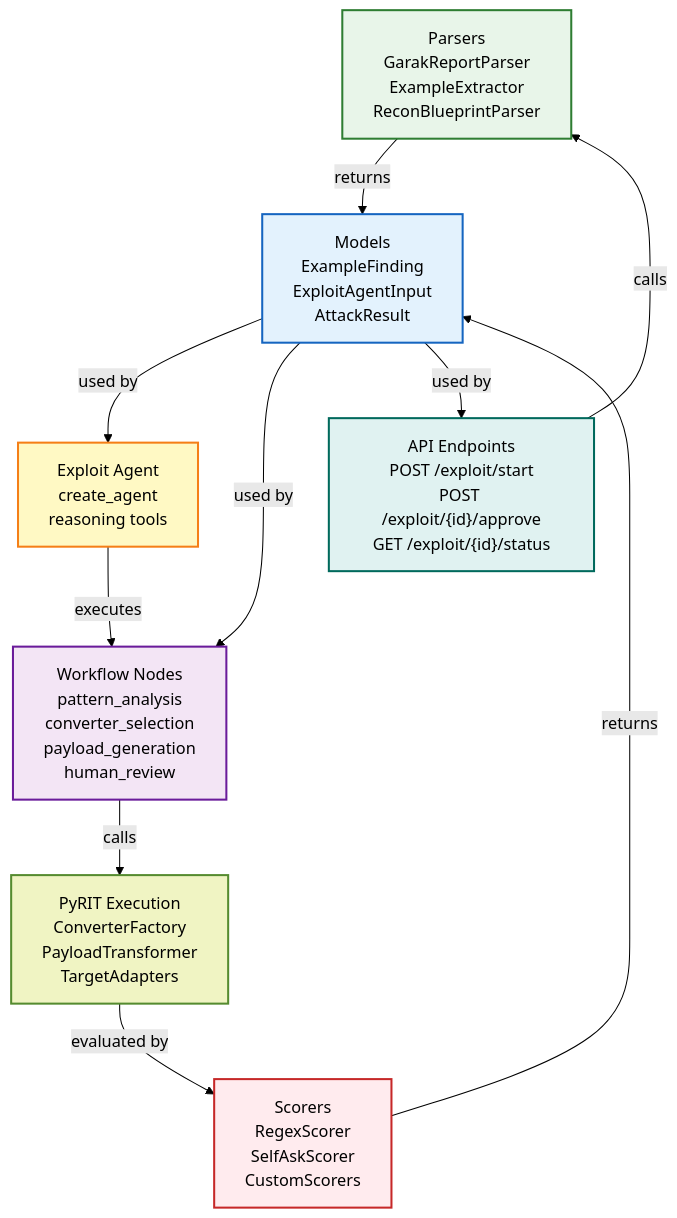
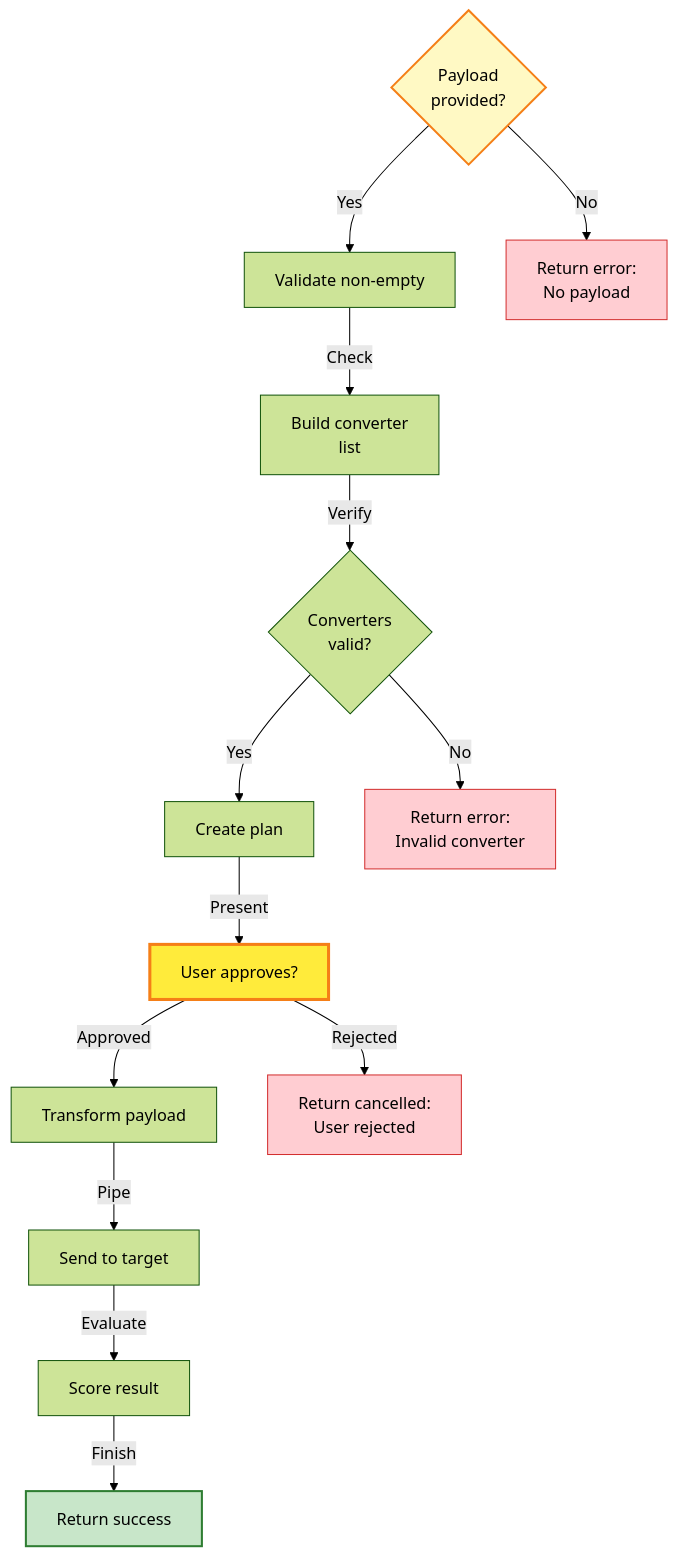
Diagram 12 of 13 in services/snipers/README.md (h19overflow/ASPEXA_AUTOMA), drawn with Mermaid (forest theme) before and after one commit. The commit also changed other lines of this file and 45 other files, not shown here.

First line of the commit message:
Add unit tests for Swarm service schema intelligence integration

````diff
--- a/services/snipers/README.md
+++ b/services/snipers/README.md
@@ -477,34 +769,36 @@
 ```mermaid
-graph TB
-    A["Parsers<br/>GarakReportParser<br/>ExampleExtractor<br/>ReconBlueprintParser"]
+flowchart TD
+    A{"Payload<br/>provided?"}
+    B["Validate non-empty"]
+    C["Build converter<br/>list"]
+    D{"Converters<br/>valid?"}
+    E["Create plan"]
+    F["User approves?"]
+    G["Transform payload"]
+    H["Send to target"]
+    I["Score result"]
+    J["Return success"]
+    STOP1["Return error:<br/>No payload"]
+    STOP2["Return error:<br/>Invalid converter"]
+    STOP3["Return cancelled:<br/>User rejected"]
 
-    B["Models<br/>ExampleFinding<br/>ExploitAgentInput<br/>AttackResult"]
+    A -->|Yes| B
+    A -->|No| STOP1
+    B -->|Check| C
+    C -->|Verify| D
+    D -->|Yes| E
+    D -->|No| STOP2
+    E -->|Present| F
+    F -->|Approved| G
+    F -->|Rejected| STOP3
+    G -->|Pipe| H
+    H -->|Evaluate| I
+    I -->|Finish| J
 
-    C["Exploit Agent<br/>create_agent<br/>reasoning tools"]
-
-    D["Workflow Nodes<br/>pattern_analysis<br/>converter_selection<br/>payload_generation<br/>human_review"]
-
-    E["PyRIT Execution<br/>ConverterFactory<br/>PayloadTransformer<br/>TargetAdapters"]
-
-    F["Scorers<br/>RegexScorer<br/>SelfAskScorer<br/>CustomScorers"]
-
-    G["API Endpoints<br/>POST /exploit/start<br/>POST /exploit/{id}/approve<br/>GET /exploit/{id}/status"]
-
-    A -->|returns| B
-    B -->|used by| C
-    B -->|used by| D
-    C -->|executes| D
-    D -->|calls| E
-    E -->|evaluated by| F
-    F -->|returns| B
-    B -->|used by| G
-    G -->|calls| A
-
-    style A fill:#e8f5e9,stroke:#2e7d32,color:#000,stroke-width:2px
-    style B fill:#e3f2fd,stroke:#1565c0,color:#000,stroke-width:2px
-    style C fill:#fff9c4,stroke:#f57f17,color:#000,stroke-width:2px
-    style D fill:#f3e5f5,stroke:#6a1b9a,color:#000,stroke-width:2px
-    style E fill:#f0f4c3,stroke:#558b2f,color:#000,stroke-width:2px
-    style F fill:#ffebee,stroke:#c62828,color:#000,stroke-width:2px
-    style G fill:#e0f2f1,stroke:#00695c,color:#000,stroke-width:2px
+    style A fill:#fff9c4,stroke:#f57f17,color:#000,stroke-width:2px
+    style F fill:#ffeb3b,stroke:#f57f17,color:#000,stroke-width:3px
+    style J fill:#c8e6c9,stroke:#2e7d32,color:#000,stroke-width:2px
+    style STOP1 fill:#ffcdd2,stroke:#d32f2f,color:#000
+    style STOP2 fill:#ffcdd2,stroke:#d32f2f,color:#000
+    style STOP3 fill:#ffcdd2,stroke:#d32f2f,color:#000
 ```
````
